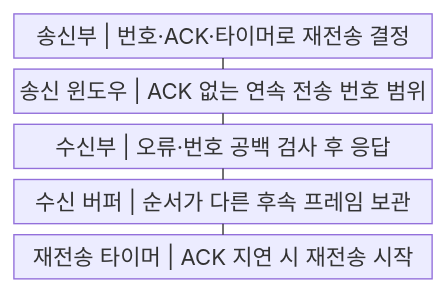
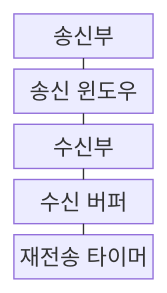
One commit to agnusdei1207/knowledge-base changed the first of 2 diagrams in src/content/docs/notes/04-network/027_arq_error_control.md. Above: the diagram before and after it, drawn with Mermaid. The commit also changed other lines of this file and 122 other files, not shown here.

````diff
--- a/src/content/docs/notes/04-network/027_arq_error_control.md
+++ b/src/content/docs/notes/04-network/027_arq_error_control.md
@@ -57,13 +57,13 @@
 ```mermaid
-block
+block-beta
     columns 1
-    A["송신부 | 번호·ACK·타이머로 재전송 결정"]
-    B["송신 윈도우 | ACK 없는 연속 전송 번호 범위"]
-    C["수신부 | 오류·번호 공백 검사 후 응답"]
-    D["수신 버퍼 | 순서가 다른 후속 프레임 보관"]
-    E["재전송 타이머 | ACK 지연 시 재전송 시작"]
+    A["송신부"]
+    B["송신 윈도우"]
+    C["수신부"]
+    D["수신 버퍼"]
+    E["재전송 타이머"]
     A --- B
     B --- C
     C --- D
     D --- E
 ```
````
